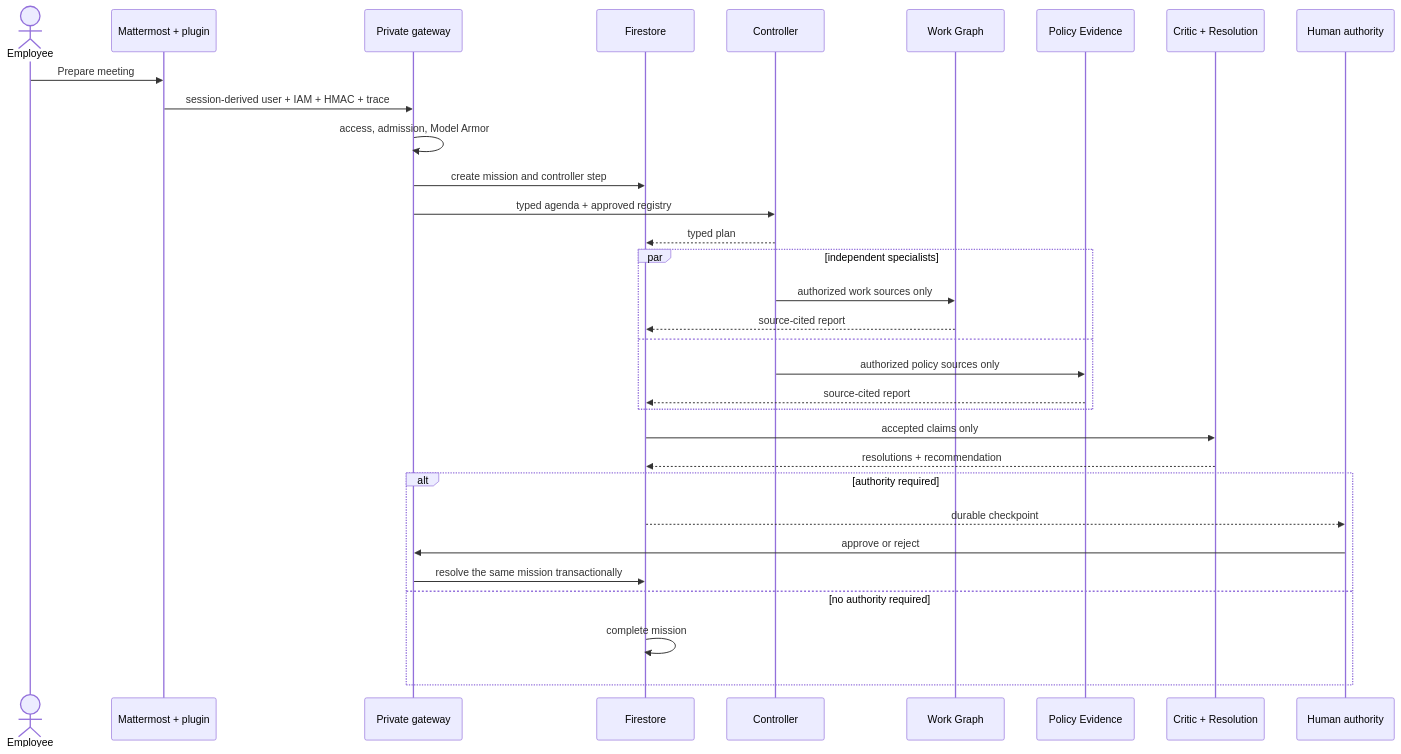
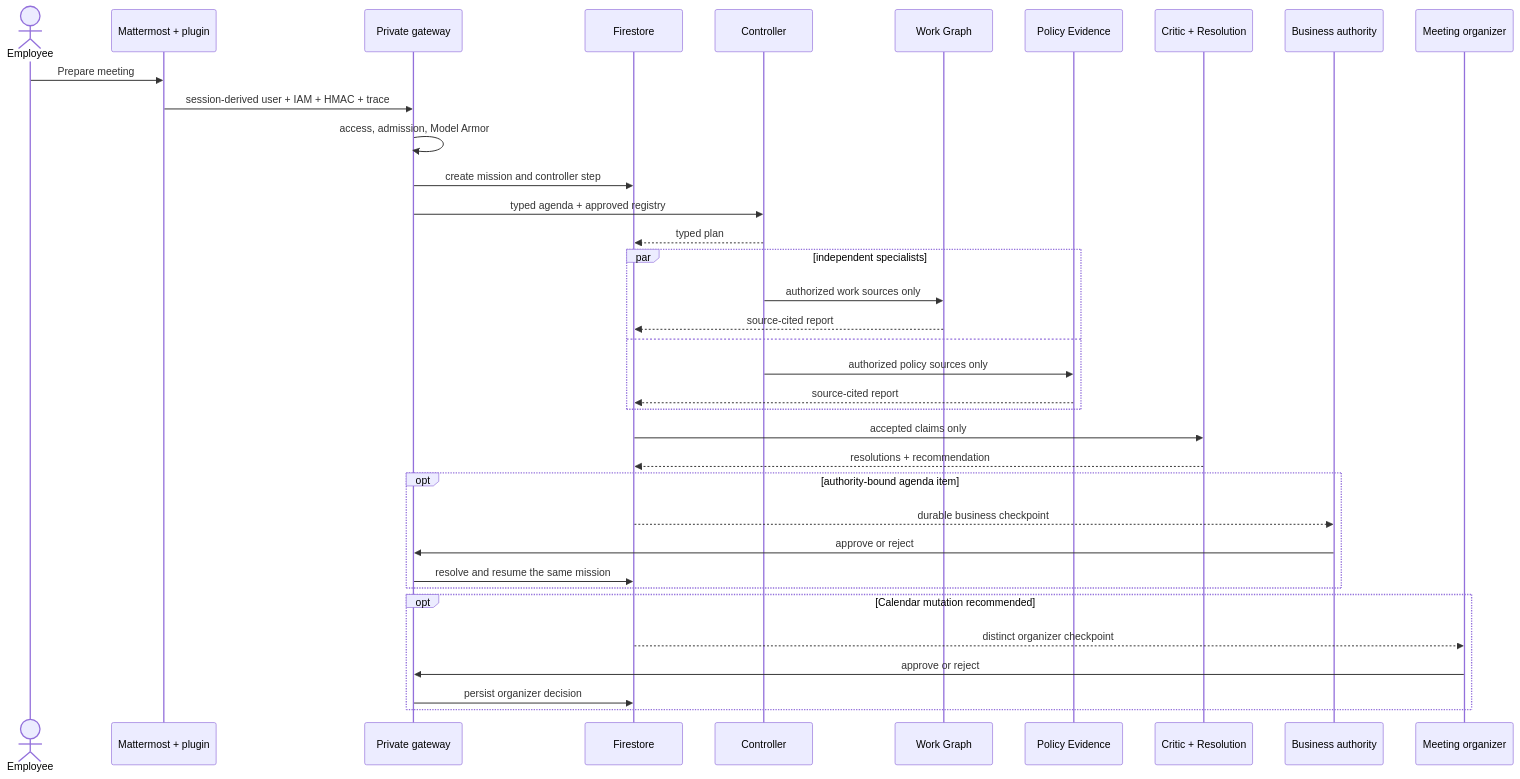
One commit to Shiv-aurora/nobs changed the second of 4 diagrams in docs/ARCHITECTURE.md. Above: the diagram before and after it, drawn with Mermaid. The commit also changed other lines of this file and 33 other files, not shown here.

Commit message:
feat: separate mission authority gates

````diff
--- a/docs/ARCHITECTURE.md
+++ b/docs/ARCHITECTURE.md
@@ -49,35 +53,39 @@
 ```mermaid
 sequenceDiagram
   actor E as Employee
   participant P as Mattermost + plugin
   participant G as Private gateway
   participant F as Firestore
   participant C as Controller
   participant W as Work Graph
   participant Y as Policy Evidence
   participant R as Critic + Resolution
-  participant H as Human authority
+  participant B as Business authority
+  participant O as Meeting organizer
 
   E->>P: Prepare meeting
   P->>G: session-derived user + IAM + HMAC + trace
   G->>G: access, admission, Model Armor
   G->>F: create mission and controller step
   G->>C: typed agenda + approved registry
   C-->>F: typed plan
   par independent specialists
     C->>W: authorized work sources only
     W-->>F: source-cited report
   and
     C->>Y: authorized policy sources only
     Y-->>F: source-cited report
   end
   F->>R: accepted claims only
   R-->>F: resolutions + recommendation
-  alt authority required
-    F-->>H: durable checkpoint
-    H->>G: approve or reject
-    G->>F: resolve the same mission transactionally
-  else no authority required
-    F->>F: complete mission
+  opt authority-bound agenda item
+    F-->>B: durable business checkpoint
+    B->>G: approve or reject
+    G->>F: resolve and resume the same mission
+  end
+  opt Calendar mutation recommended
+    F-->>O: distinct organizer checkpoint
+    O->>G: approve or reject
+    G->>F: persist organizer decision
   end
 ```
````
